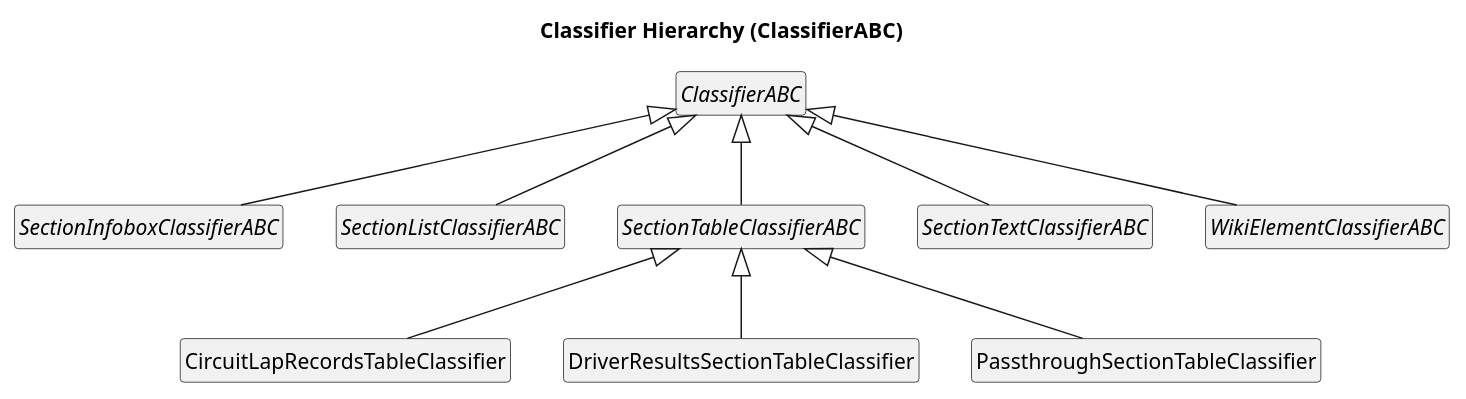
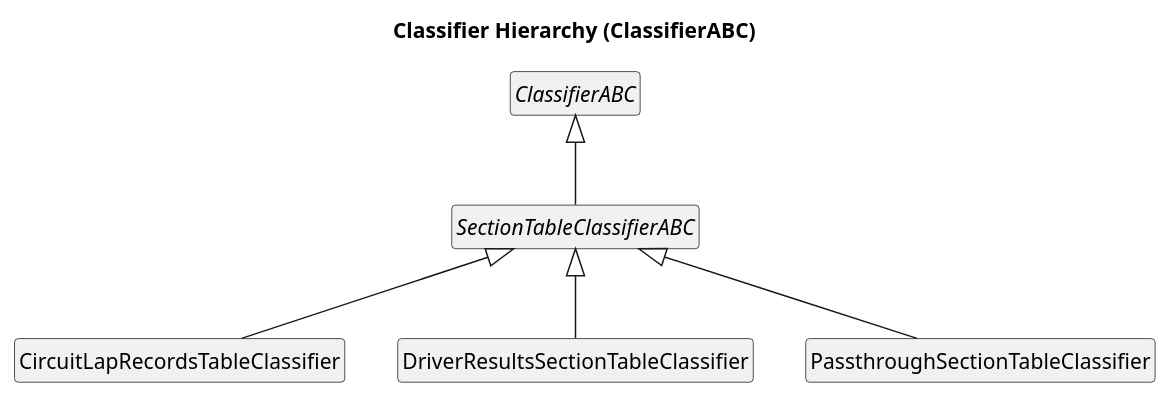
Before and after one commit to bgembalczyk/F1: the diagram in docs/uml/inheritance/components/01_classifiers.puml, drawn with PlantUML. The commit also changed 38 other files, not shown here.

First line of the commit message:
remove alias/unused classes, inline mixins, update imports and UML

```diff
--- a/docs/uml/inheritance/components/01_classifiers.puml
+++ b/docs/uml/inheritance/components/01_classifiers.puml
@@ -1,26 +1,18 @@
 @startuml
 title Classifier Hierarchy (ClassifierABC)
 skinparam classAttributeIconSize 0
 hide empty members
 hide circle
 
 class CircuitLapRecordsTableClassifier
 abstract class ClassifierABC
 class DriverResultsSectionTableClassifier
 class PassthroughSectionTableClassifier
-abstract class SectionInfoboxClassifierABC
-abstract class SectionListClassifierABC
 abstract class SectionTableClassifierABC
-abstract class SectionTextClassifierABC
-abstract class WikiElementClassifierABC
 
 SectionTableClassifierABC <|-- CircuitLapRecordsTableClassifier
 SectionTableClassifierABC <|-- DriverResultsSectionTableClassifier
 SectionTableClassifierABC <|-- PassthroughSectionTableClassifier
-ClassifierABC <|-- SectionInfoboxClassifierABC
-ClassifierABC <|-- SectionListClassifierABC
 ClassifierABC <|-- SectionTableClassifierABC
-ClassifierABC <|-- SectionTextClassifierABC
-ClassifierABC <|-- WikiElementClassifierABC
 
 @enduml
```
